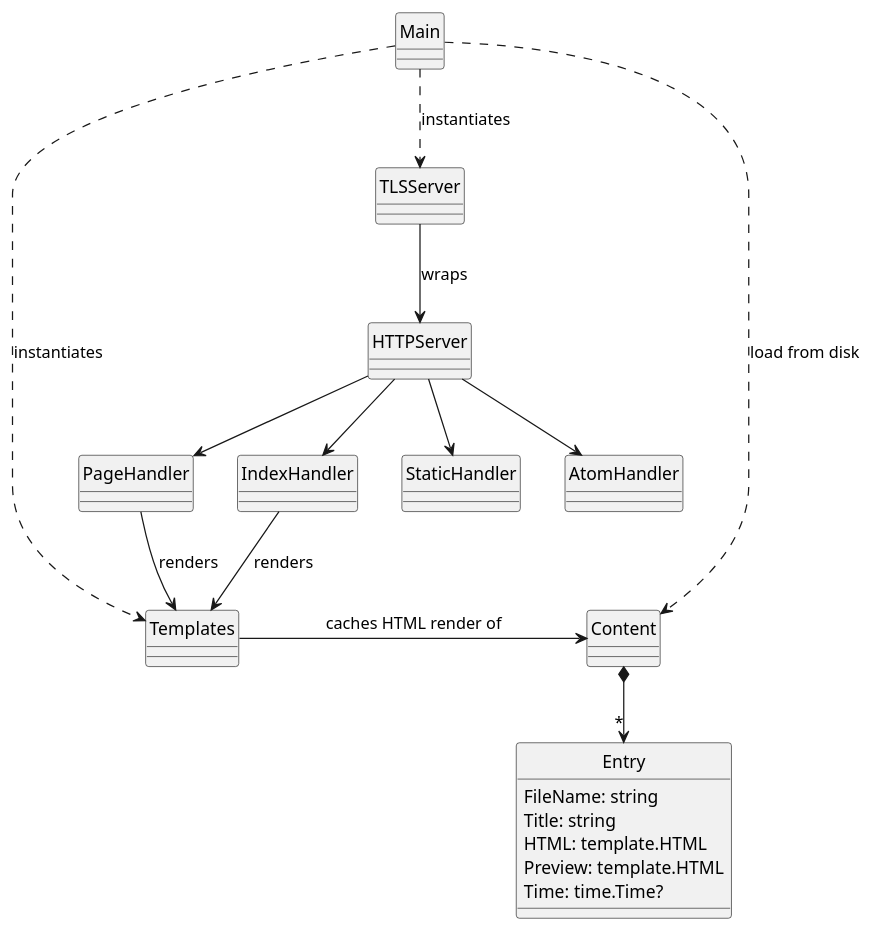
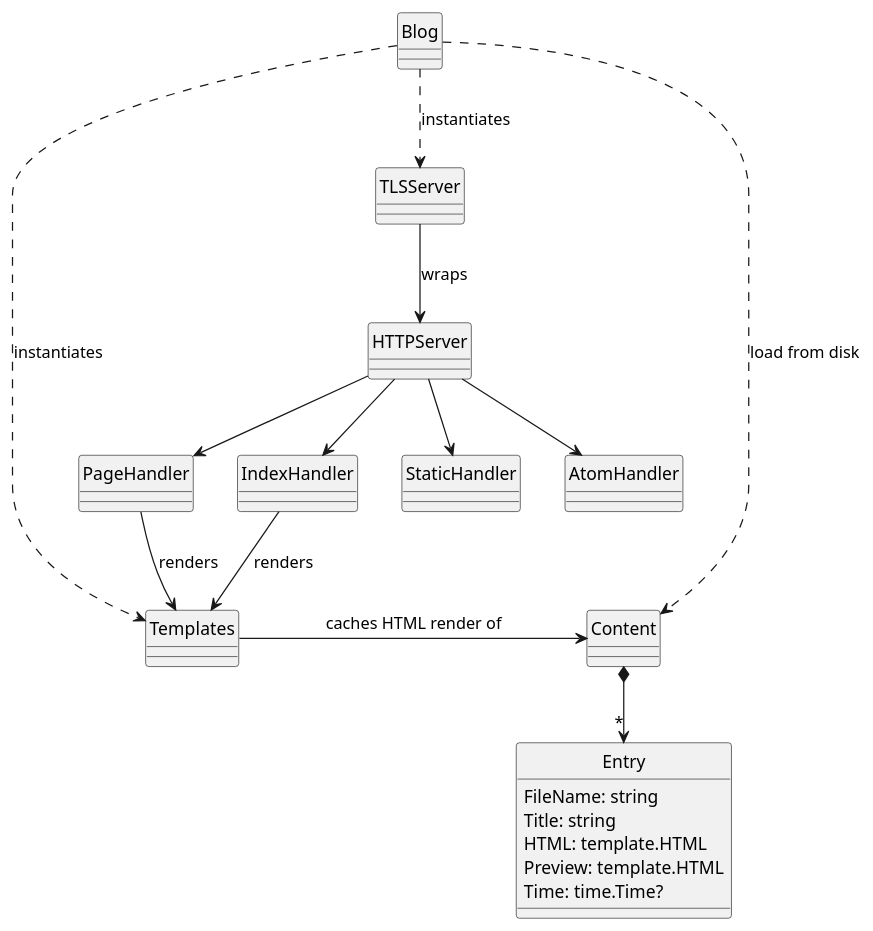
One commit to mariomac/goblog changed the diagram in docs/arch_v1.puml. Above: the diagram before and after it, drawn with PlantUML. The commit also changed 12 other files, not shown here.

Commit message:
rearchitected templates/entries

```diff
--- a/docs/arch_v1.puml
+++ b/docs/arch_v1.puml
@@ -1,27 +1,27 @@
 @startuml
 hide circle
 
 class Entry {
     FileName: string
     Title: string
     HTML: template.HTML
     Preview: template.HTML
     Time: time.Time?
 }
 
-Main ..> Templates: instantiates
-Main ..> TLSServer: instantiates
+Blog ..> Templates: instantiates
+Blog ..> TLSServer: instantiates
 TLSServer --> HTTPServer: wraps
-Main ..> Content: load from disk
+Blog ..> Content: load from disk
 Templates -> Content: caches HTML render of
 HTTPServer --> IndexHandler
 HTTPServer --> AtomHandler
 HTTPServer --> PageHandler
 HTTPServer --> StaticHandler
 Content *--> "*" Entry
 
 IndexHandler --> Templates: renders
 PageHandler --> Templates: renders
 
 
 @enduml
```
